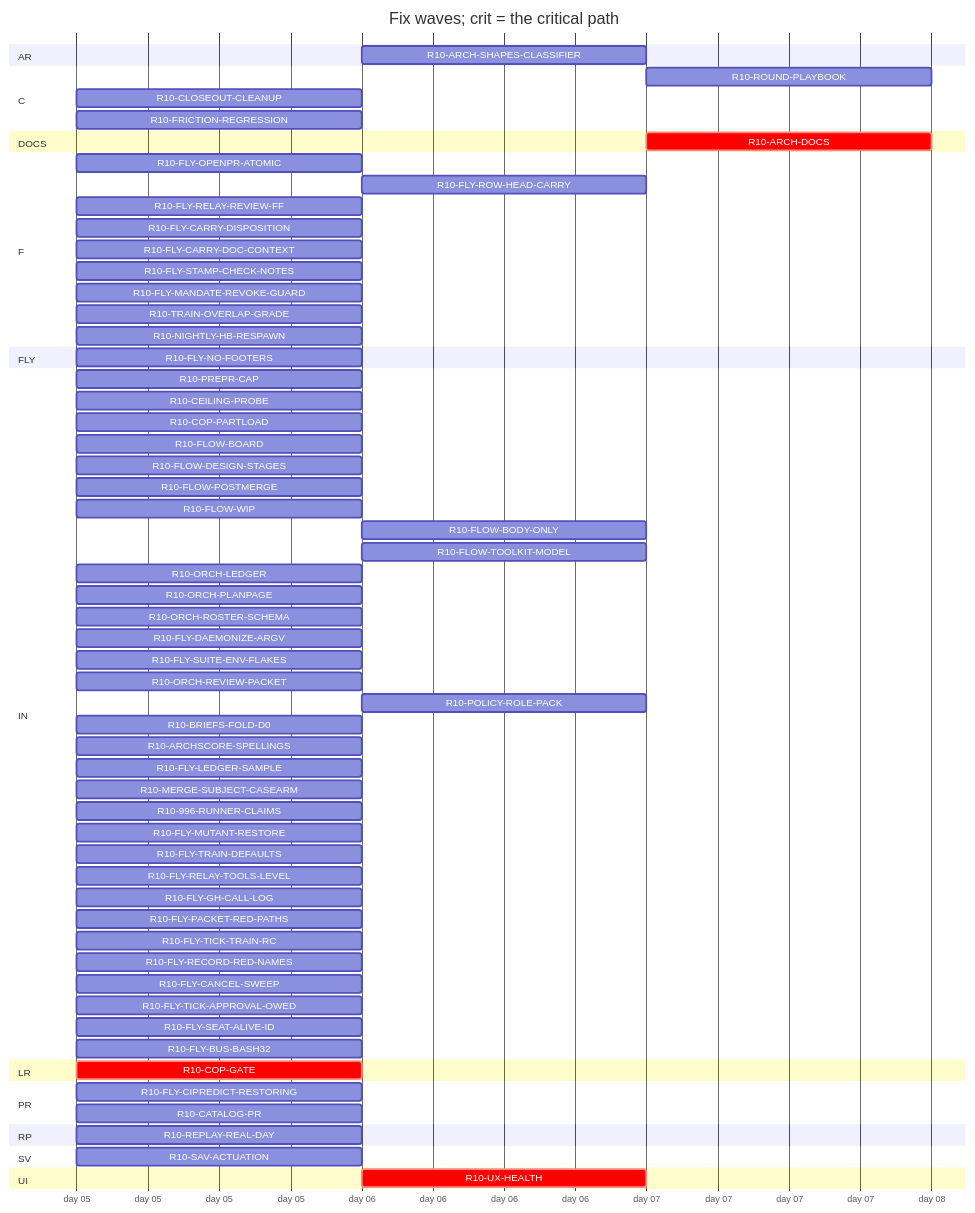
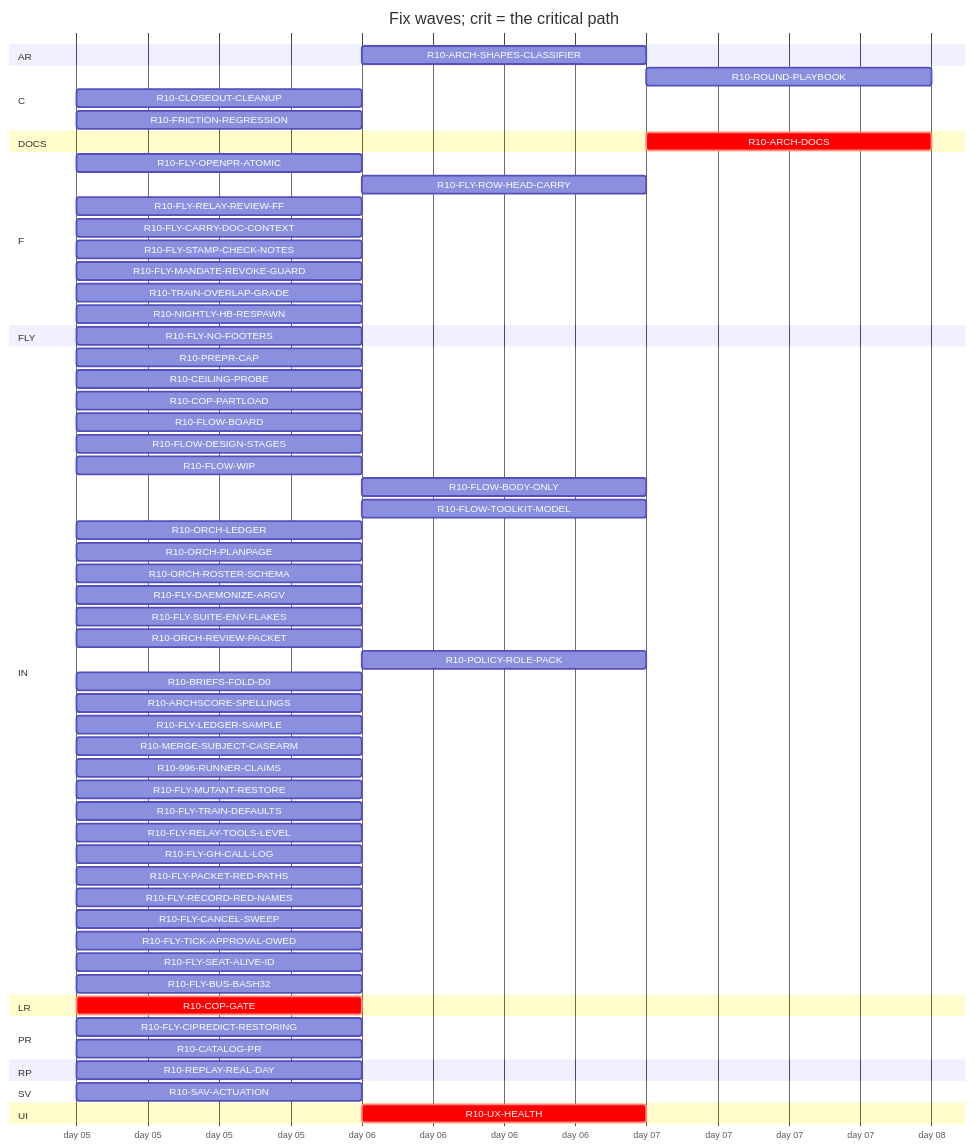
Before and after one commit to tvofi/heatpump_optimizer: the diagram in handoff/round10/state/PLAN-TABLE.md, drawn with Mermaid. The commit also changed other lines of this file and 3 other files, not shown here.

Commit message:
state: FLOW-BOARD.md, NEXT-SESSION-PROMPT.md, PLAN-TABLE.md, RESUME-CURRENT.md regenerated (state_docs.py)

````diff
--- a/handoff/round10/state/PLAN-TABLE.md
+++ b/handoff/round10/state/PLAN-TABLE.md
@@ -24,70 +24,67 @@
 ```mermaid
 gantt
   title Fix waves; crit = the critical path
   dateFormat YYYY-MM-DD
   axisFormat day %d
   section AR
     R10-ARCH-SHAPES-CLASSIFIER :r10ARCHSHAPESCLASSIFIER, after r10996RUNNERCLAIMS, 1d
   section C
     R10-ROUND-PLAYBOOK :r10ROUNDPLAYBOOK, after r10ORCHLEDGER r10ORCHPLANPAGE r10FLYRELAYREVIEWFF r10FLOWBODYONLY, 1d
     R10-CLOSEOUT-CLEANUP :r10CLOSEOUTCLEANUP, 2026-01-05, 1d
     R10-FRICTION-REGRESSION :r10FRICTIONREGRESSION, 2026-01-05, 1d
   section DOCS
-    R10-ARCH-DOCS :crit, r10ARCHDOCS, after r10COPGATE r10UXHEALTH r10CEILINGPROBE r10COPPARTLOAD r10FLOWBOARD r10FLOWDESIGNSTAGES r10FLOWPOSTMERGE r10FLOWWIP r10FLOWBODYONLY r10FLYOPENPRATOMIC r10FLYROWHEADCARRY r10FLYRELAYREVIEWFF r10FLYCARRYDISPOSITION r10FLYCARRYDOCCONTEXT r10FLOWTOOLKITMODEL r10FLYSTAMPCHECKNOTES r10FLYMANDATEREVOKEGUARD r10TRAINOVERLAPGRADE r10NIGHTLYHBRESPAWN r10ORCHLEDGER r10ORCHPLANPAGE r10ORCHROSTERSCHEMA r10FLYDAEMONIZEARGV r10ORCHREVIEWPACKET r10POLICYROLEPACK r10BRIEFSFOLDD0 r10REPLAYREALDAY r10ARCHSCORESPELLINGS r10SAVACTUATION r10FLYLEDGERSAMPLE, 1d
+    R10-ARCH-DOCS :crit, r10ARCHDOCS, after r10COPGATE r10UXHEALTH r10CEILINGPROBE r10COPPARTLOAD r10FLOWBOARD r10FLOWDESIGNSTAGES r10FLOWWIP r10FLOWBODYONLY r10FLYOPENPRATOMIC r10FLYROWHEADCARRY r10FLYRELAYREVIEWFF r10FLYCARRYDOCCONTEXT r10FLOWTOOLKITMODEL r10FLYSTAMPCHECKNOTES r10FLYMANDATEREVOKEGUARD r10TRAINOVERLAPGRADE r10NIGHTLYHBRESPAWN r10ORCHLEDGER r10ORCHPLANPAGE r10ORCHROSTERSCHEMA r10FLYDAEMONIZEARGV r10ORCHREVIEWPACKET r10POLICYROLEPACK r10BRIEFSFOLDD0 r10REPLAYREALDAY r10ARCHSCORESPELLINGS r10SAVACTUATION r10FLYLEDGERSAMPLE, 1d
   section F
     R10-FLY-OPENPR-ATOMIC :r10FLYOPENPRATOMIC, 2026-01-05, 1d
     R10-FLY-ROW-HEAD-CARRY :r10FLYROWHEADCARRY, after r10FLYOPENPRATOMIC, 1d
     R10-FLY-RELAY-REVIEW-FF :r10FLYRELAYREVIEWFF, 2026-01-05, 1d
-    R10-FLY-CARRY-DISPOSITION :r10FLYCARRYDISPOSITION, 2026-01-05, 1d
     R10-FLY-CARRY-DOC-CONTEXT :r10FLYCARRYDOCCONTEXT, 2026-01-05, 1d
     R10-FLY-STAMP-CHECK-NOTES :r10FLYSTAMPCHECKNOTES, 2026-01-05, 1d
     R10-FLY-MANDATE-REVOKE-GUARD :r10FLYMANDATEREVOKEGUARD, 2026-01-05, 1d
     R10-TRAIN-OVERLAP-GRADE :r10TRAINOVERLAPGRADE, 2026-01-05, 1d
     R10-NIGHTLY-HB-RESPAWN :r10NIGHTLYHBRESPAWN, 2026-01-05, 1d
   section FLY
     R10-FLY-NO-FOOTERS :r10FLYNOFOOTERS, 2026-01-05, 1d
   section IN
     R10-PREPR-CAP :r10PREPRCAP, 2026-01-05, 1d
     R10-CEILING-PROBE :r10CEILINGPROBE, 2026-01-05, 1d
     R10-COP-PARTLOAD :r10COPPARTLOAD, 2026-01-05, 1d
     R10-FLOW-BOARD :r10FLOWBOARD, 2026-01-05, 1d
     R10-FLOW-DESIGN-STAGES :r10FLOWDESIGNSTAGES, 2026-01-05, 1d
-    R10-FLOW-POSTMERGE :r10FLOWPOSTMERGE, 2026-01-05, 1d
     R10-FLOW-WIP :r10FLOWWIP, 2026-01-05, 1d
     R10-FLOW-BODY-ONLY :r10FLOWBODYONLY, after r10FLYOPENPRATOMIC, 1d
     R10-FLOW-TOOLKIT-MODEL :r10FLOWTOOLKITMODEL, after r10ORCHPLANPAGE, 1d
     R10-ORCH-LEDGER :r10ORCHLEDGER, 2026-01-05, 1d
     R10-ORCH-PLANPAGE :r10ORCHPLANPAGE, 2026-01-05, 1d
     R10-ORCH-ROSTER-SCHEMA :r10ORCHROSTERSCHEMA, 2026-01-05, 1d
     R10-FLY-DAEMONIZE-ARGV :r10FLYDAEMONIZEARGV, 2026-01-05, 1d
     R10-FLY-SUITE-ENV-FLAKES :r10FLYSUITEENVFLAKES, 2026-01-05, 1d
     R10-ORCH-REVIEW-PACKET :r10ORCHREVIEWPACKET, 2026-01-05, 1d
     R10-POLICY-ROLE-PACK :r10POLICYROLEPACK, after r10FLOWDESIGNSTAGES, 1d
     R10-BRIEFS-FOLD-D0 :r10BRIEFSFOLDD0, 2026-01-05, 1d
     R10-ARCHSCORE-SPELLINGS :r10ARCHSCORESPELLINGS, 2026-01-05, 1d
     R10-FLY-LEDGER-SAMPLE :r10FLYLEDGERSAMPLE, 2026-01-05, 1d
     R10-MERGE-SUBJECT-CASEARM :r10MERGESUBJECTCASEARM, 2026-01-05, 1d
     R10-996-RUNNER-CLAIMS :r10996RUNNERCLAIMS, 2026-01-05, 1d
     R10-FLY-MUTANT-RESTORE :r10FLYMUTANTRESTORE, 2026-01-05, 1d
     R10-FLY-TRAIN-DEFAULTS :r10FLYTRAINDEFAULTS, 2026-01-05, 1d
     R10-FLY-RELAY-TOOLS-LEVEL :r10FLYRELAYTOOLSLEVEL, 2026-01-05, 1d
     R10-FLY-GH-CALL-LOG :r10FLYGHCALLLOG, 2026-01-05, 1d
     R10-FLY-PACKET-RED-PATHS :r10FLYPACKETREDPATHS, 2026-01-05, 1d
-    R10-FLY-TICK-TRAIN-RC :r10FLYTICKTRAINRC, 2026-01-05, 1d
     R10-FLY-RECORD-RED-NAMES :r10FLYRECORDREDNAMES, 2026-01-05, 1d
     R10-FLY-CANCEL-SWEEP :r10FLYCANCELSWEEP, 2026-01-05, 1d
     R10-FLY-TICK-APPROVAL-OWED :r10FLYTICKAPPROVALOWED, 2026-01-05, 1d
     R10-FLY-SEAT-ALIVE-ID :r10FLYSEATALIVEID, 2026-01-05, 1d
     R10-FLY-BUS-BASH32 :r10FLYBUSBASH32, 2026-01-05, 1d
   section LR
     R10-COP-GATE :crit, r10COPGATE, 2026-01-05, 1d
   section PR
     R10-FLY-CIPREDICT-RESTORING :r10FLYCIPREDICTRESTORING, 2026-01-05, 1d
     R10-CATALOG-PR :r10CATALOGPR, 2026-01-05, 1d
   section RP
     R10-REPLAY-REAL-DAY :r10REPLAYREALDAY, 2026-01-05, 1d
   section SV
     R10-SAV-ACTUATION :r10SAVACTUATION, 2026-01-05, 1d
   section UI
     R10-UX-HEALTH :crit, r10UXHEALTH, after r10COPGATE, 1d
 ```
````
